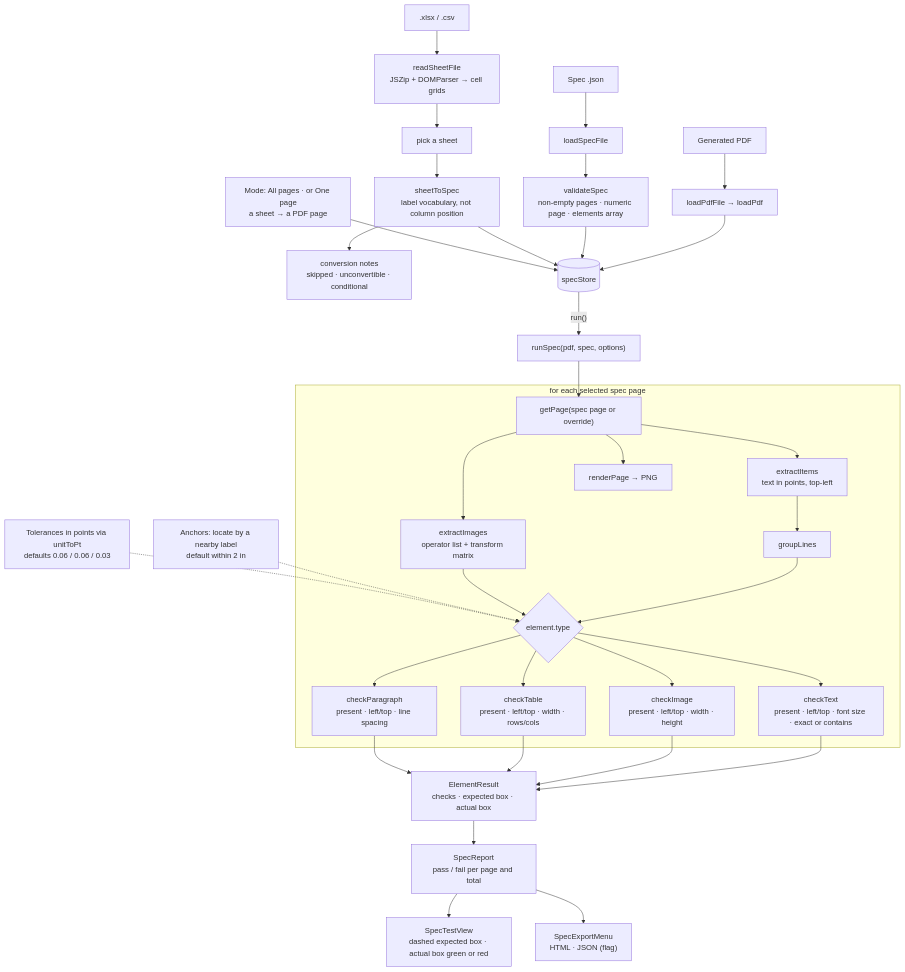
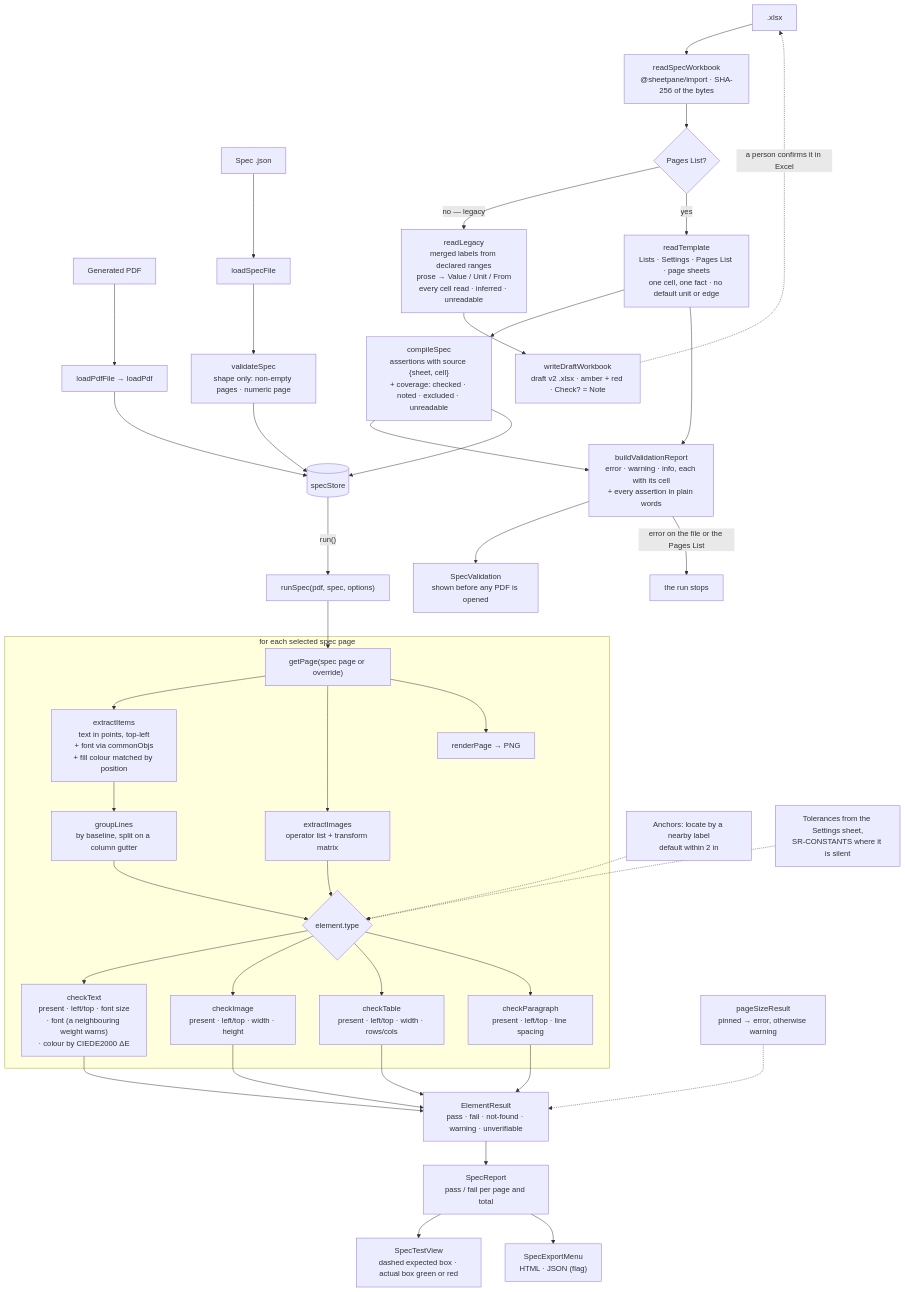
One commit to sid4861/pdf-testing-suite changed diagram 11 of 25 in docs/ARCHITECTURE.md. Above: the diagram before and after it, drawn with Mermaid. The commit also changed other lines of this file and 59 other files, not shown here.

````diff
--- a/docs/ARCHITECTURE.md
+++ b/docs/ARCHITECTURE.md
@@ -408,31 +409,37 @@
 ```mermaid
 flowchart TB
   PDF["Generated PDF"] --> LP["loadPdfFile → loadPdf"]
   SJ["Spec .json"] --> LS["loadSpecFile"]
-  XL[".xlsx / .csv"] --> RW["readSheetFile<br/>JSZip + DOMParser → cell grids"]
-  RW --> PICK["pick a sheet"]
-  PICK --> STS["sheetToSpec<br/>label vocabulary, not column position"]
-  STS --> NOTES["conversion notes<br/>skipped · unconvertible · conditional"]
-  LS --> VS["validateSpec<br/>non-empty pages · numeric page · elements array"]
-  LP & VS & STS --> SS[("specStore")]
-  MODE["Mode: All pages · or One page<br/>a sheet → a PDF page"] --> SS
+  XL[".xlsx"] --> RSW["readSpecWorkbook<br/>@sheetpane/import · SHA-256 of the bytes"]
+  RSW --> ISV2{"Pages List?"}
+  ISV2 -->|"no — legacy"| RL["readLegacy<br/>merged labels from declared ranges<br/>prose → Value / Unit / From<br/>every cell read · inferred · unreadable"]
+  RL --> DRAFT["writeDraftWorkbook<br/>draft v2 .xlsx · amber + red · Check? = Note"]
+  DRAFT -.->|"a person confirms it in Excel"| XL
+  ISV2 -->|"yes"| RT["readTemplate<br/>Lists · Settings · Pages List · page sheets<br/>one cell, one fact · no default unit or edge"]
+  RT --> CS["compileSpec<br/>assertions with source {sheet, cell}<br/>+ coverage: checked · noted · excluded · unreadable"]
+  RT & CS --> BV["buildValidationReport<br/>error · warning · info, each with its cell<br/>+ every assertion in plain words"]
+  BV --> VP["SpecValidation<br/>shown before any PDF is opened"]
+  BV -->|"error on the file or the Pages List"| STOP["the run stops"]
+  LS --> VS["validateSpec<br/>shape only: non-empty pages · numeric page"]
+  LP & VS & CS --> SS[("specStore")]
   SS -->|"run()"| RS["runSpec(pdf, spec, options)"]
   RS --> G
   subgraph PERPAGE["for each selected spec page"]
-    G["getPage(spec page or override)"] --> X1["extractItems<br/>text in points, top-left"]
-    X1 --> GL["groupLines"]
+    G["getPage(spec page or override)"] --> X1["extractItems<br/>text in points, top-left<br/>+ font via commonObjs<br/>+ fill colour matched by position"]
+    X1 --> GL["groupLines<br/>by baseline, split on a column gutter"]
     G --> X2["extractImages<br/>operator list + transform matrix"]
     G --> RPG["renderPage → PNG"]
     GL & X2 --> DIS{"element.type"}
-    DIS --> CT["checkText<br/>present · left/top · font size · exact or contains"]
+    DIS --> CT["checkText<br/>present · left/top · font size<br/>· font (a neighbouring weight warns)<br/>· colour by CIEDE2000 ΔE"]
     DIS --> CI["checkImage<br/>present · left/top · width · height"]
     DIS --> CTB["checkTable<br/>present · left/top · width · rows/cols"]
     DIS --> CP["checkParagraph<br/>present · left/top · line spacing"]
   end
+  PS["pageSizeResult<br/>pinned → error, otherwise warning"] -.-> ER
   ANC["Anchors: locate by a nearby label<br/>default within 2 in"] -.-> DIS
-  TOL["Tolerances in points via unitToPt<br/>defaults 0.06 / 0.06 / 0.03"] -.-> DIS
-  CT & CI & CTB & CP --> ER["ElementResult<br/>checks · expected box · actual box"]
+  TOL["Tolerances from the Settings sheet,<br/>SR-CONSTANTS where it is silent"] -.-> DIS
+  CT & CI & CTB & CP --> ER["ElementResult<br/>pass · fail · not-found · warning · unverifiable"]
   ER --> REP["SpecReport<br/>pass / fail per page and total"]
   REP --> VIEW["SpecTestView<br/>dashed expected box · actual box green or red"]
   REP --> SX["SpecExportMenu<br/>HTML · JSON (flag)"]
 ```
````
